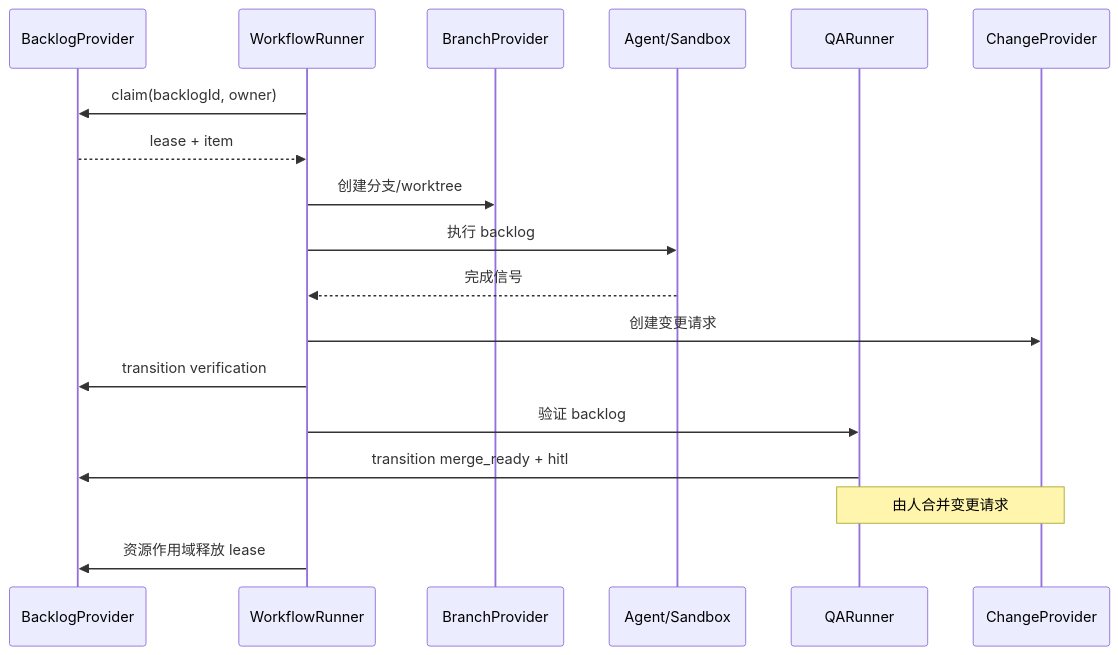
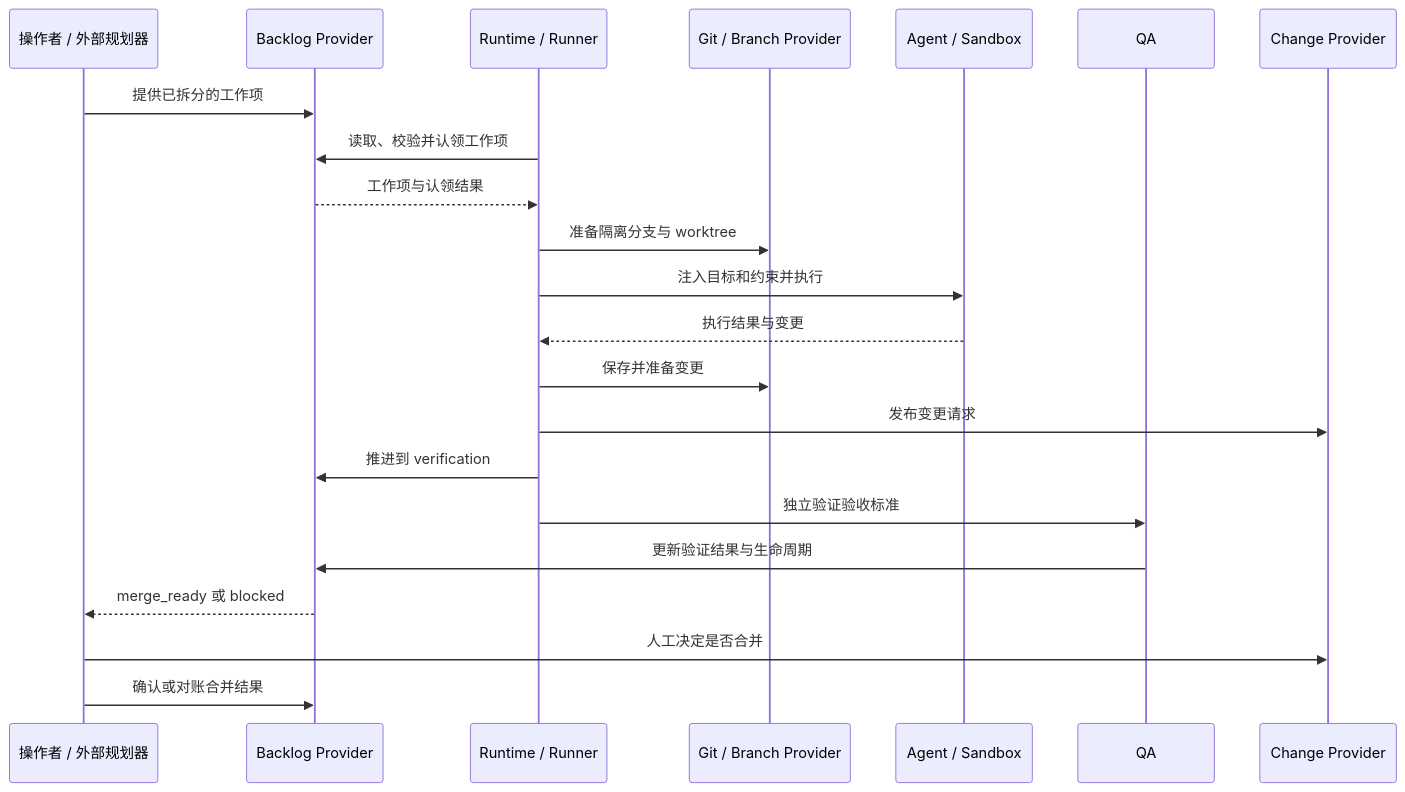
Before and after one commit to easyhaloo/afk: the diagram in docs/architecture/overview.zh.md, drawn with Mermaid. The commit also changed other lines of this file, not shown here.

Commit message:
docs: simplify Chinese architecture overview

````diff
--- a/docs/architecture/overview.zh.md
+++ b/docs/architecture/overview.zh.md
@@ -595,21 +107,25 @@
 ```mermaid
 sequenceDiagram
-    participant P as BacklogProvider
-    participant R as WorkflowRunner
-    participant B as BranchProvider
-    participant A as Agent/Sandbox
-    participant Q as QARunner
-    participant C as ChangeProvider
+    participant U as 操作者 / 外部规划器
+    participant P as Backlog Provider
+    participant R as Runtime / Runner
+    participant G as Git / Branch Provider
+    participant A as Agent / Sandbox
+    participant Q as QA
+    participant C as Change Provider
 
-    R->>P: claim(backlogId, owner)
-    P-->>R: lease + item
-    R->>B: 创建分支/worktree
-    R->>A: 执行 backlog
-    A-->>R: 完成信号
-    R->>C: 创建变更请求
-    R->>P: transition verification
-    R->>Q: 验证 backlog
-    Q->>P: transition merge_ready + hitl
-    Note over Q,C: 由人合并变更请求
-    R->>P: 资源作用域释放 lease
+    U->>P: 提供已拆分的工作项
+    R->>P: 读取、校验并认领工作项
+    P-->>R: 工作项与认领结果
+    R->>G: 准备隔离分支与 worktree
+    R->>A: 注入目标和约束并执行
+    A-->>R: 执行结果与变更
+    R->>G: 保存并准备变更
+    R->>C: 发布变更请求
+    R->>P: 推进到 verification
+    R->>Q: 独立验证验收标准
+    Q->>P: 更新验证结果与生命周期
+    P-->>U: merge_ready 或 blocked
+    U->>C: 人工决定是否合并
+    U->>P: 确认或对账合并结果
 ```
````
